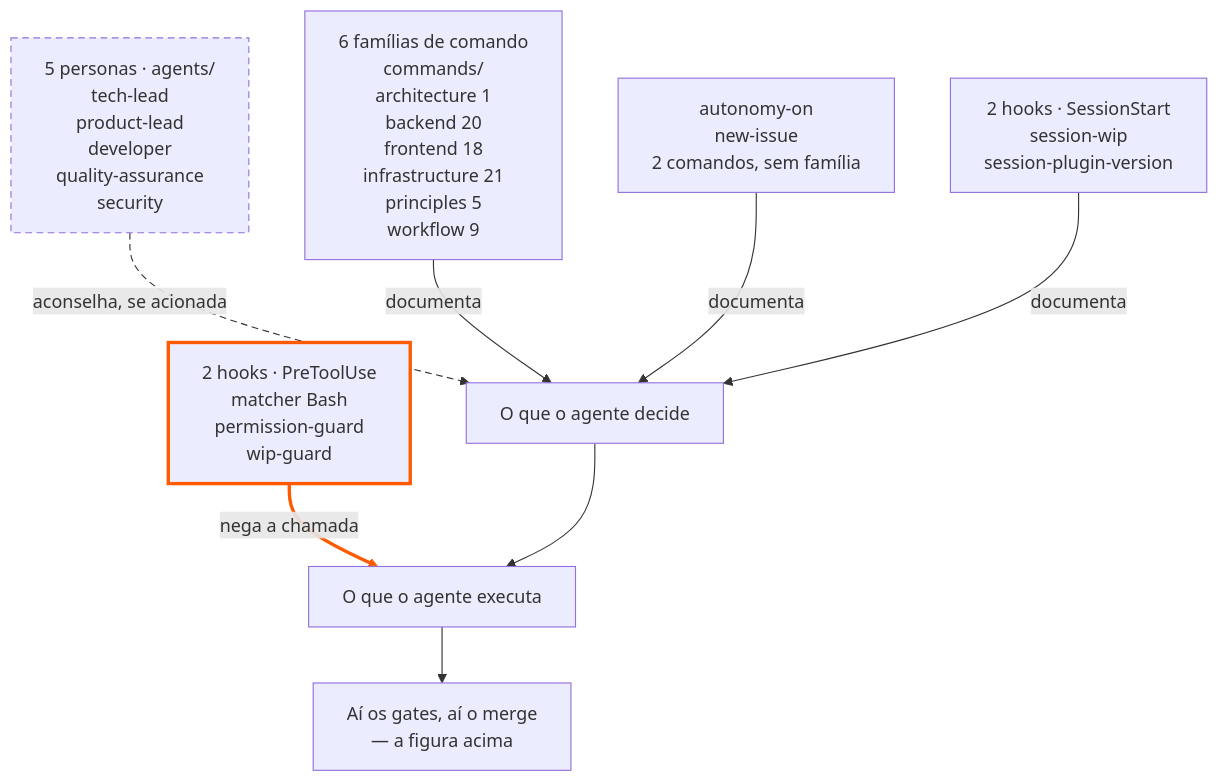
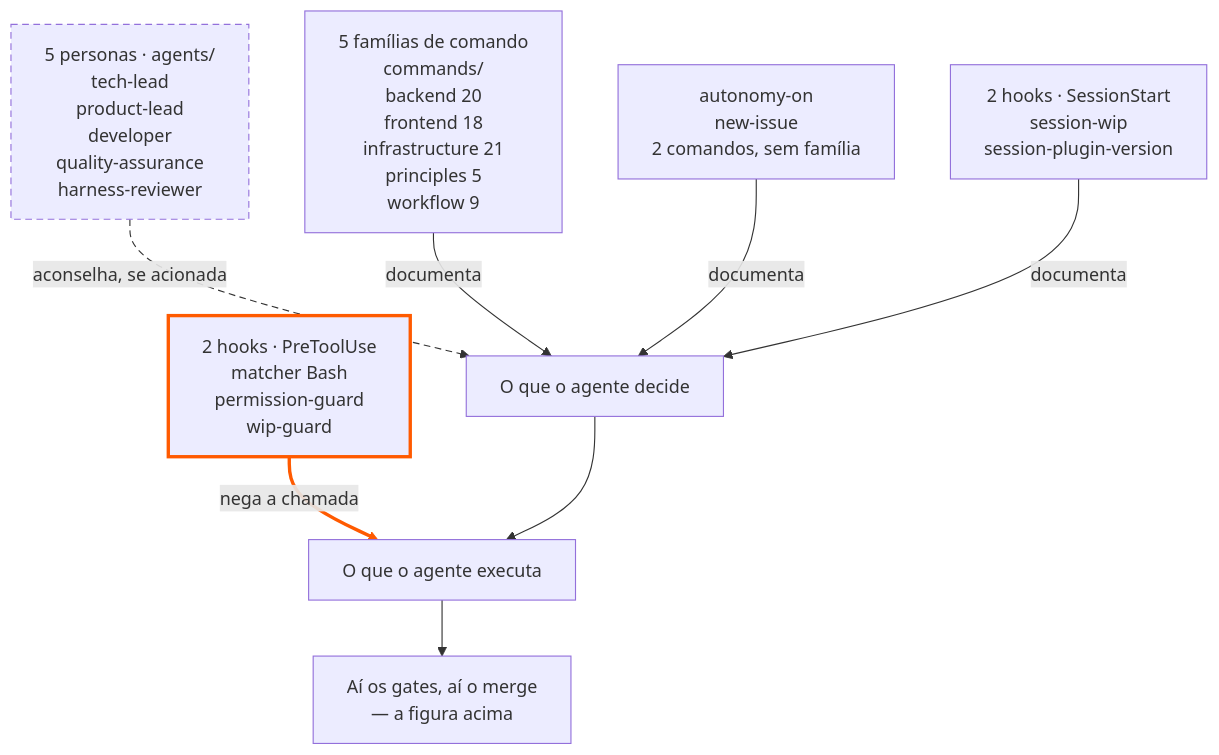
Before and after one commit to tedeuxx/tadeumendonca-io: the fourth of 4 diagrams in apps/fed/src/content/architecture.pt.md, drawn with Mermaid. The commit also changed 5 other files, not shown here.

````diff
--- a/apps/fed/src/content/architecture.pt.md
+++ b/apps/fed/src/content/architecture.pt.md
@@ -168,26 +168,26 @@
 ```mermaid
 flowchart TB
   accTitle: Do que o harness é feito
-  accDescr: Três tipos de componente, desenhados separados porque não têm a mesma força. Os hooks registrados no hooks.json — permission-guard e wip-guard rodam no evento PreToolUse com o matcher Bash e RECUSAM uma chamada de ferramenta antes dela acontecer; session-wip e session-plugin-version rodam no SessionStart e só reportam estado. As personas no diretório agents — tech-lead, product-lead, developer, quality-assurance e security — apenas ACONSELHAM, e isso é uma afirmação sobre o JULGAMENTO delas, não sobre a cadeira. quality-assurance é o caso mais agudo nas duas direções: a regra 7b do permission-guard recusa o comando de merge vindo de qualquer agent type que não seja esse, então QUEM faz o merge é forçado por mecanismo — e nada em lugar nenhum verifica se a revisão foi feita, ou feita bem. security é mais fraca ainda, e não pode ser lida como a mesma coisa: nada obriga que ela seja acionada, e uma lente que não é acionada falha em silêncio. product-lead é o caso espelhado: ela BARRA um merge quando encontra uma afirmação publicada que não é verdade, mas por convenção e não por hook, então nada recusa o comando de merge em nome dela. As famílias de comando no diretório commands — architecture 1, backend 20, frontend 18, infrastructure 21, principles 5, workflow 9 — mais autonomy-on e new-issue, os comandos fora de qualquer família, apenas DOCUMENTAM: tiram uma re-decisão do caminho. No desenho a aresta que nega é grossa e na cor de destaque, a que aconselha é tracejada, e as que documentam são comuns. Essa diferença é o que está sendo afirmado, não enfeite.
+  accDescr: Três tipos de componente, desenhados separados porque não têm a mesma força. Os hooks registrados no hooks.json — permission-guard e wip-guard rodam no evento PreToolUse com o matcher Bash e RECUSAM uma chamada de ferramenta antes dela acontecer; session-wip e session-plugin-version rodam no SessionStart e só reportam estado. As personas no diretório agents — tech-lead, product-lead, developer, quality-assurance e harness-reviewer — apenas ACONSELHAM, e isso é uma afirmação sobre o JULGAMENTO delas, não sobre a cadeira. quality-assurance é o caso mais agudo nas duas direções: a regra 7b do permission-guard recusa o comando de merge vindo de qualquer agent type que não seja esse, então QUEM faz o merge é forçado por mecanismo — e nada em lugar nenhum verifica se a revisão foi feita, ou feita bem. harness-reviewer é mais fraca ainda, e não pode ser lida como a mesma coisa: ela roda antes de qualquer coisa ser construída, e não depois, não barra nada, e nada obriga que ela seja acionada — uma lente que não é acionada falha em silêncio. product-lead é o caso espelhado: ela BARRA um merge quando encontra uma afirmação publicada que não é verdade, mas por convenção e não por hook, então nada recusa o comando de merge em nome dela. As famílias de comando no diretório commands — backend 20, frontend 18, infrastructure 21, principles 5, workflow 9 — mais autonomy-on e new-issue, os comandos fora de qualquer família, apenas DOCUMENTAM: tiram uma re-decisão do caminho. No desenho a aresta que nega é grossa e na cor de destaque, a que aconselha é tracejada, e as que documentam são comuns. Essa diferença é o que está sendo afirmado, não enfeite.
   HKD["2 hooks · PreToolUse<br/>matcher Bash<br/>permission-guard<br/>wip-guard"]
-  PS["5 personas · agents/<br/>tech-lead<br/>product-lead<br/>developer<br/>quality-assurance<br/>security"]
-  CF["6 famílias de comando<br/>commands/<br/>architecture 1<br/>backend 20<br/>frontend 18<br/>infrastructure 21<br/>principles 5<br/>workflow 9"]
+  PS["5 personas · agents/<br/>tech-lead<br/>product-lead<br/>developer<br/>quality-assurance<br/>harness-reviewer"]
+  CF["5 famílias de comando<br/>commands/<br/>backend 20<br/>frontend 18<br/>infrastructure 21<br/>principles 5<br/>workflow 9"]
   OC["autonomy-on<br/>new-issue<br/>2 comandos, sem família"]
   HKR["2 hooks · SessionStart<br/>session-wip<br/>session-plugin-version"]
   DE["O que o agente decide"]
   RU["O que o agente executa"]
   GM["Aí os gates, aí o merge<br/>— a figura acima"]
   HKD -- "nega a chamada" --> RU
   PS -- "aconselha, se acionada" --> DE
   CF -- "documenta" --> DE
   OC -- "documenta" --> DE
   HKR -- "documenta" --> DE
   DE --> RU
   RU --> GM
   classDef mechanism stroke:#FF5A00,stroke-width:3px
   classDef convention stroke-dasharray:6 4
   class HKD mechanism
   class PS convention
   linkStyle 0 stroke:#FF5A00,stroke-width:3px
   linkStyle 1 stroke-dasharray:6 4
 ```
````
